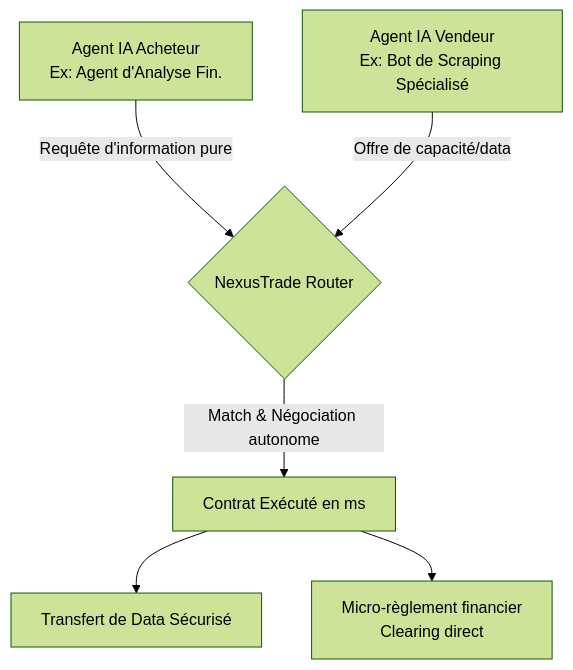
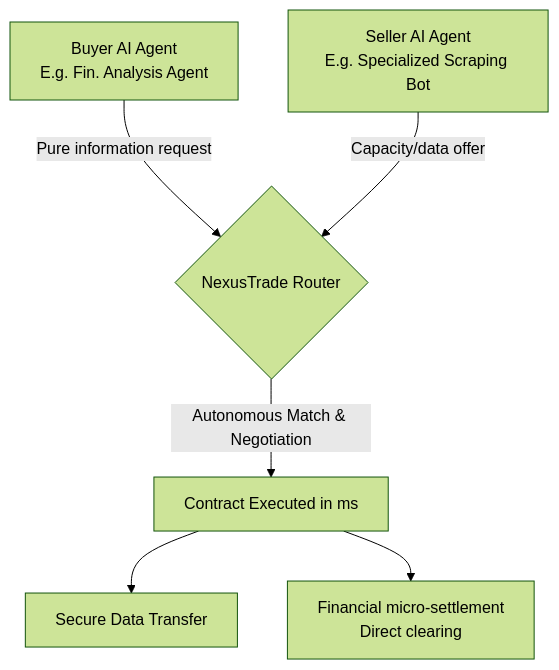
The first of 2 diagrams in ideas/nexustrade-m2m/README.md (flouzzy/top-100-ai-startup-ideas), drawn with Mermaid (forest theme) before and after one commit. The commit also changed other lines of this file and 21 other files, not shown here.

````diff
--- a/ideas/nexustrade-m2m/README.md
+++ b/ideas/nexustrade-m2m/README.md
@@ -15,8 +17,11 @@
 ```mermaid
 graph TD
-    A[Agent IA Acheteur\nEx: Agent d'Analyse Fin.] -->|Requête d'information pure| B{NexusTrade Router}
-    C[Agent IA Vendeur\nEx: Bot de Scraping Spécialisé] -->|Offre de capacité/data| B
-    B -->|Match & Négociation autonome| D[Contrat Exécuté en ms]
-    D --> E[Transfert de Data Sécurisé]
-    D --> F[Micro-règlement financier\nClearing direct]
+    A[Buyer AI Agent
+E.g. Fin. Analysis Agent] -->|Pure information request| B{NexusTrade Router}
+    C[Seller AI Agent
+E.g. Specialized Scraping Bot] -->|Capacity/data offer| B
+    B -->|Autonomous Match & Negotiation| D[Contract Executed in ms]
+    D --> E[Secure Data Transfer]
+    D --> F[Financial micro-settlement
+Direct clearing]
 ```
````
